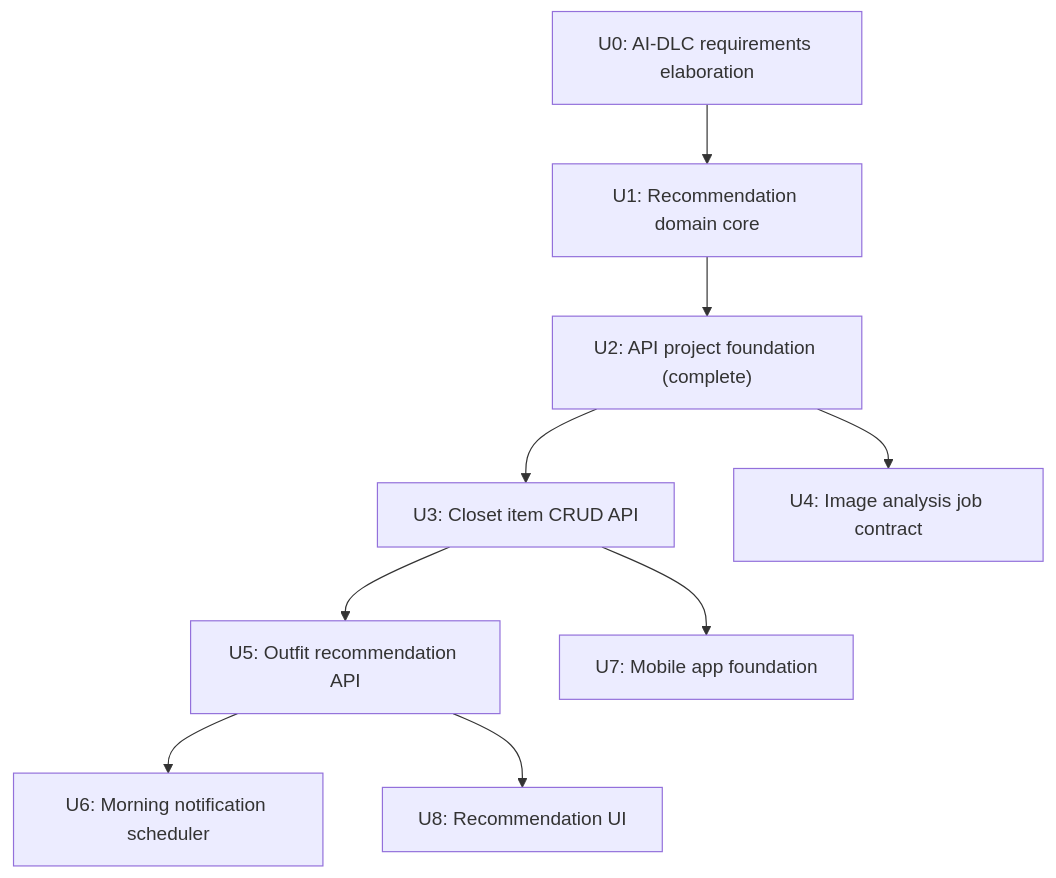
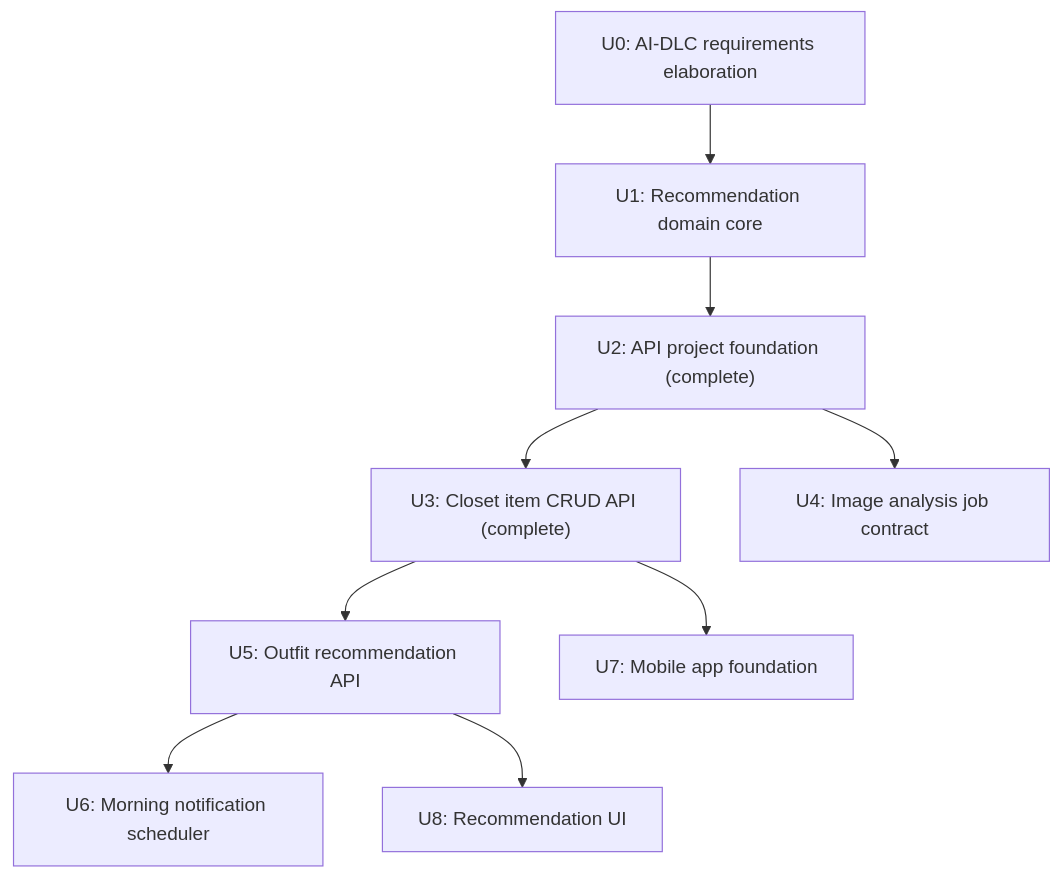
One commit to idealization/Fitlog changed the diagram in requirements/ai_dlc/00_intent.md. Above: the diagram before and after it, drawn with Mermaid. The commit also changed other lines of this file and 10 other files, not shown here.

Commit message:
Add closet item CRUD API

````diff
--- a/requirements/ai_dlc/00_intent.md
+++ b/requirements/ai_dlc/00_intent.md
@@ -30,11 +30,11 @@
 ```mermaid
 flowchart TD
     U0["U0: AI-DLC requirements elaboration"] --> U1["U1: Recommendation domain core"]
     U1 --> U2["U2: API project foundation (complete)"]
-    U2 --> U3["U3: Closet item CRUD API"]
+    U2 --> U3["U3: Closet item CRUD API (complete)"]
     U2 --> U4["U4: Image analysis job contract"]
     U3 --> U5["U5: Outfit recommendation API"]
     U5 --> U6["U6: Morning notification scheduler"]
     U3 --> U7["U7: Mobile app foundation"]
     U5 --> U8["U8: Recommendation UI"]
 ```
````
